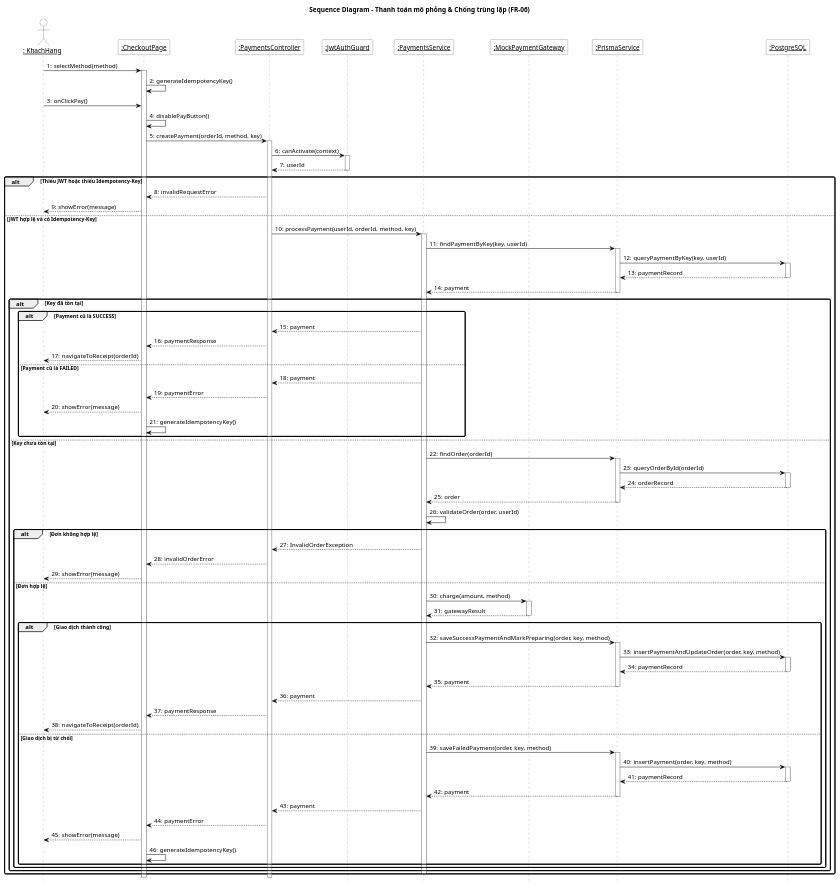
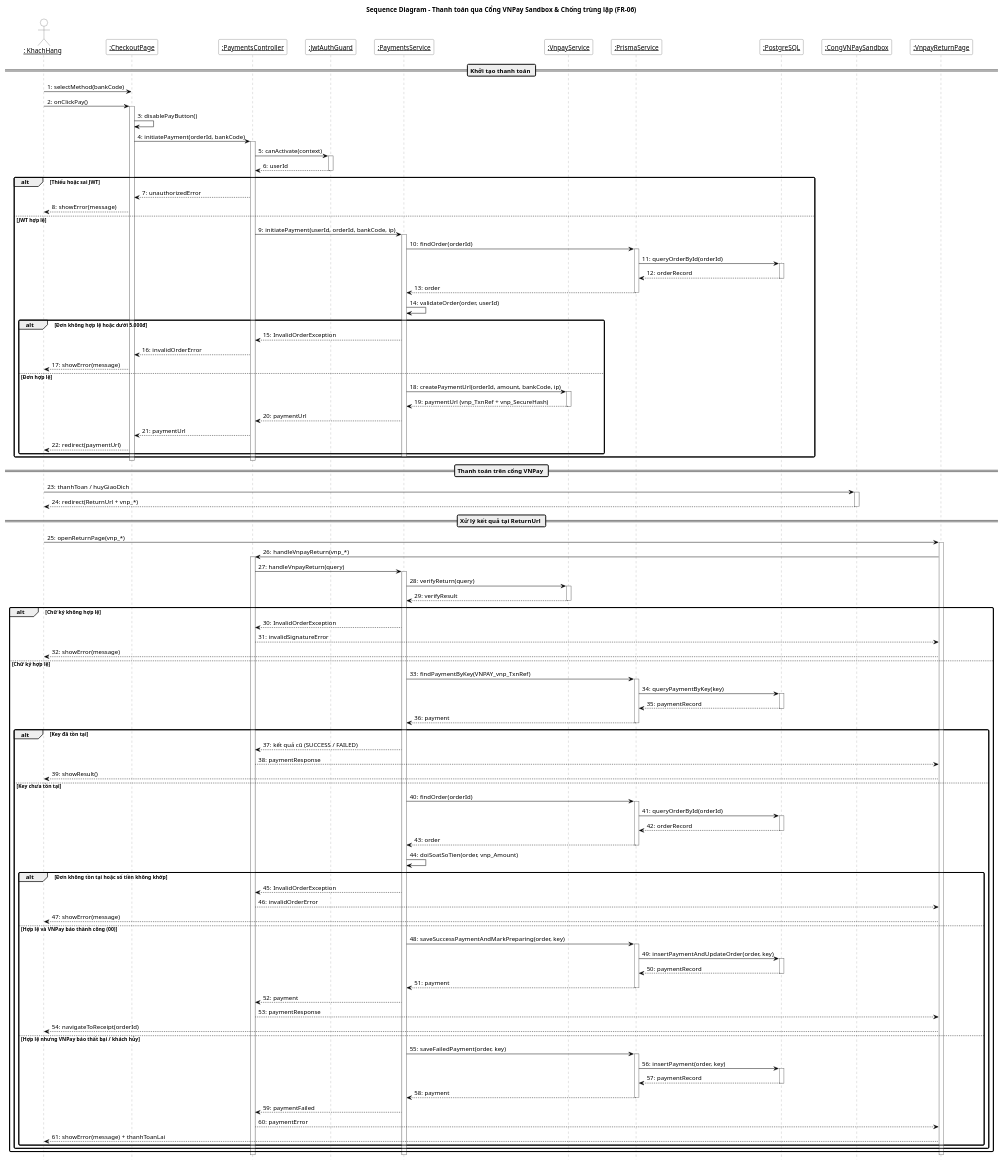
Before and after one commit to Phuc280106/BrewLite2: the diagram in docs/diagrams/payment/sequence-payment.puml, drawn with PlantUML. The commit also changed 20 other files, not shown here.

Commit message:
feat(payment): tich hop cong thanh toan VNPay Sandbox va go bo nut gia lap

```diff
--- a/docs/diagrams/payment/sequence-payment.puml
+++ b/docs/diagrams/payment/sequence-payment.puml
@@ -1,124 +1,165 @@
 @startuml
-title Sequence Diagram - Thanh toán mô phỏng & Chống trùng lặp (FR-06)
+title Sequence Diagram - Thanh toán qua Cổng VNPay Sandbox & Chống trùng lặp (FR-06)
 
 autonumber "0:"
 hide footbox
 
 skinparam backgroundColor white
 skinparam shadowing false
 skinparam roundcorner 5
 skinparam sequenceMessageAlign left
 skinparam ParticipantPadding 15
 skinparam sequence {
     ParticipantBackgroundColor white
     ParticipantBorderColor #333333
     ActorBackgroundColor white
     ActorBorderColor #333333
     LifeLineBorderColor #888888
     LifeLineBackgroundColor white
     ArrowColor black
     GroupBorderThickness 2
 }
 
 actor "<u>: KhachHang</u>" as User
 participant "<u>:CheckoutPage</u>" as UI
 participant "<u>:PaymentsController</u>" as Controller
 participant "<u>:JwtAuthGuard</u>" as Guard
 participant "<u>:PaymentsService</u>" as Service
-participant "<u>:MockPaymentGateway</u>" as Gateway
+participant "<u>:VnpayService</u>" as Vnpay
 participant "<u>:PrismaService</u>" as Prisma
 participant "<u>:PostgreSQL</u>" as DB
+participant "<u>:CongVNPaySandbox</u>" as Gateway
+participant "<u>:VnpayReturnPage</u>" as Return
 
-User -> UI : selectMethod(method)
+== Khởi tạo thanh toán ==
+
+User -> UI : selectMethod(bankCode)
+User -> UI : onClickPay()
 activate UI
-UI -> UI : generateIdempotencyKey()
-User -> UI : onClickPay()
 UI -> UI : disablePayButton()
-UI -> Controller : createPayment(orderId, method, key)
+UI -> Controller : initiatePayment(orderId, bankCode)
 activate Controller
 Controller -> Guard : canActivate(context)
 activate Guard
 Guard --> Controller : userId
 deactivate Guard
 
-alt Thiếu JWT hoặc thiếu Idempotency-Key
-    Controller --> UI : invalidRequestError
+alt Thiếu hoặc sai JWT
+    Controller --> UI : unauthorizedError
     UI --> User : showError(message)
-else JWT hợp lệ và có Idempotency-Key
-    Controller -> Service : processPayment(userId, orderId, method, key)
+else JWT hợp lệ
+    Controller -> Service : initiatePayment(userId, orderId, bankCode, ip)
     activate Service
-    Service -> Prisma : findPaymentByKey(key, userId)
+    Service -> Prisma : findOrder(orderId)
     activate Prisma
-    Prisma -> DB : queryPaymentByKey(key, userId)
+    Prisma -> DB : queryOrderById(orderId)
+    activate DB
+    DB --> Prisma : orderRecord
+    deactivate DB
+    Prisma --> Service : order
+    deactivate Prisma
+    Service -> Service : validateOrder(order, userId)
+
+    alt Đơn không hợp lệ hoặc dưới 5.000đ
+        Service --> Controller : InvalidOrderException
+        Controller --> UI : invalidOrderError
+        UI --> User : showError(message)
+    else Đơn hợp lệ
+        Service -> Vnpay : createPaymentUrl(orderId, amount, bankCode, ip)
+        activate Vnpay
+        Vnpay --> Service : paymentUrl (vnp_TxnRef + vnp_SecureHash)
+        deactivate Vnpay
+        Service --> Controller : paymentUrl
+        Controller --> UI : paymentUrl
+        UI --> User : redirect(paymentUrl)
+    end
+    deactivate Service
+end
+deactivate Controller
+deactivate UI
+
+== Thanh toán trên cổng VNPay ==
+
+User -> Gateway : thanhToan / huyGiaoDich
+activate Gateway
+Gateway --> User : redirect(ReturnUrl + vnp_*)
+deactivate Gateway
+
+== Xử lý kết quả tại ReturnUrl ==
+
+User -> Return : openReturnPage(vnp_*)
+activate Return
+Return -> Controller : handleVnpayReturn(vnp_*)
+activate Controller
+Controller -> Service : handleVnpayReturn(query)
+activate Service
+Service -> Vnpay : verifyReturn(query)
+activate Vnpay
+Vnpay --> Service : verifyResult
+deactivate Vnpay
+
+alt Chữ ký không hợp lệ
+    Service --> Controller : InvalidOrderException
+    Controller --> Return : invalidSignatureError
+    Return --> User : showError(message)
+else Chữ ký hợp lệ
+    Service -> Prisma : findPaymentByKey(VNPAY_vnp_TxnRef)
+    activate Prisma
+    Prisma -> DB : queryPaymentByKey(key)
     activate DB
     DB --> Prisma : paymentRecord
     deactivate DB
     Prisma --> Service : payment
     deactivate Prisma
 
     alt Key đã tồn tại
-        alt Payment cũ là SUCCESS
-            Service --> Controller : payment
-            Controller --> UI : paymentResponse
-            UI --> User : navigateToReceipt(orderId)
-        else Payment cũ là FAILED
-            Service --> Controller : payment
-            Controller --> UI : paymentError
-            UI --> User : showError(message)
-            UI -> UI : generateIdempotencyKey()
-        end
+        Service --> Controller : kết quả cũ (SUCCESS / FAILED)
+        Controller --> Return : paymentResponse
+        Return --> User : showResult()
     else Key chưa tồn tại
         Service -> Prisma : findOrder(orderId)
         activate Prisma
         Prisma -> DB : queryOrderById(orderId)
         activate DB
         DB --> Prisma : orderRecord
         deactivate DB
         Prisma --> Service : order
         deactivate Prisma
-        Service -> Service : validateOrder(order, userId)
+        Service -> Service : doiSoatSoTien(order, vnp_Amount)
 
-        alt Đơn không hợp lệ
+        alt Đơn không tồn tại hoặc số tiền không khớp
             Service --> Controller : InvalidOrderException
-            Controller --> UI : invalidOrderError
-            UI --> User : showError(message)
-        else Đơn hợp lệ
-            Service -> Gateway : charge(amount, method)
-            activate Gateway
-            Gateway --> Service : gatewayResult
-            deactivate Gateway
-
-            alt Giao dịch thành công
-                Service -> Prisma : saveSuccessPaymentAndMarkPreparing(order, key, method)
-                activate Prisma
-                Prisma -> DB : insertPaymentAndUpdateOrder(order, key, method)
-                activate DB
-                DB --> Prisma : paymentRecord
-                deactivate DB
-                Prisma --> Service : payment
-                deactivate Prisma
-                Service --> Controller : payment
-                Controller --> UI : paymentResponse
-                UI --> User : navigateToReceipt(orderId)
-            else Giao dịch bị từ chối
-                Service -> Prisma : saveFailedPayment(order, key, method)
-                activate Prisma
-                Prisma -> DB : insertPayment(order, key, method)
-                activate DB
-                DB --> Prisma : paymentRecord
-                deactivate DB
-                Prisma --> Service : payment
-                deactivate Prisma
-                Service --> Controller : payment
-                Controller --> UI : paymentError
-                UI --> User : showError(message)
-                UI -> UI : generateIdempotencyKey()
-            end
+            Controller --> Return : invalidOrderError
+            Return --> User : showError(message)
+        else Hợp lệ và VNPay báo thành công (00)
+            Service -> Prisma : saveSuccessPaymentAndMarkPreparing(order, key)
+            activate Prisma
+            Prisma -> DB : insertPaymentAndUpdateOrder(order, key)
+            activate DB
+            DB --> Prisma : paymentRecord
+            deactivate DB
+            Prisma --> Service : payment
+            deactivate Prisma
+            Service --> Controller : payment
+            Controller --> Return : paymentResponse
+            Return --> User : navigateToReceipt(orderId)
+        else Hợp lệ nhưng VNPay báo thất bại / khách hủy
+            Service -> Prisma : saveFailedPayment(order, key)
+            activate Prisma
+            Prisma -> DB : insertPayment(order, key)
+            activate DB
+            DB --> Prisma : paymentRecord
+            deactivate DB
+            Prisma --> Service : payment
+            deactivate Prisma
+            Service --> Controller : paymentFailed
+            Controller --> Return : paymentError
+            Return --> User : showError(message) + thanhToanLai
         end
     end
-    deactivate Service
 end
+deactivate Service
 deactivate Controller
-deactivate UI
+deactivate Return
 
 @enduml
```
